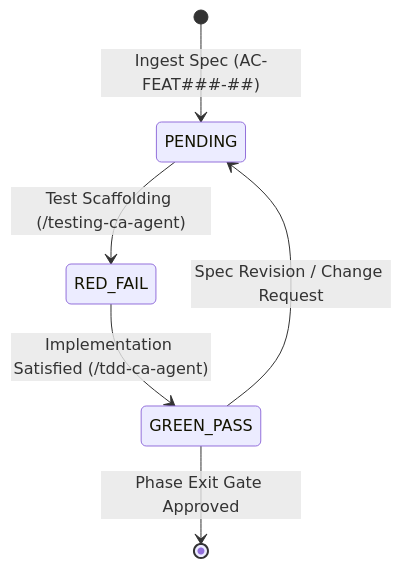
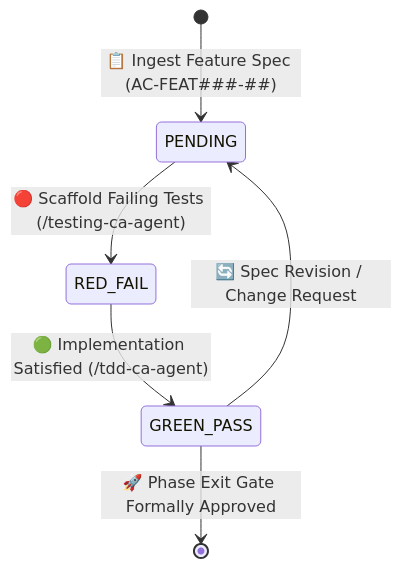
One commit to rmsofficialsyt/Agentic-AI-Vibe-Coding-AND-SDD-TDD-Codebase-Chandan-Adhikary changed the fourth of 5 diagrams in PROJECT-MANAGER-DASHBOARD-GUIDE.md. Above: the diagram before and after it, drawn with Mermaid. The commit also changed other lines of this file and 23 other files, not shown here.

Commit message:
docs: redesign diagrams to Eraser.io visual style and regenerate MANIFEST.json

````diff
--- a/PROJECT-MANAGER-DASHBOARD-GUIDE.md
+++ b/PROJECT-MANAGER-DASHBOARD-GUIDE.md
@@ -202,8 +217,8 @@
 ```mermaid
 stateDiagram-v2
-    [*] --> PENDING: Ingest Spec (AC-FEAT###-##)
-    PENDING --> RED_FAIL: Test Scaffolding (/testing-ca-agent)
-    RED_FAIL --> GREEN_PASS: Implementation Satisfied (/tdd-ca-agent)
-    GREEN_PASS --> PENDING: Spec Revision / Change Request
-    GREEN_PASS --> [*]: Phase Exit Gate Approved
+    [*] --> PENDING: 📋 Ingest Feature Spec (AC-FEAT###-##)
+    PENDING --> RED_FAIL: 🔴 Scaffold Failing Tests (/testing-ca-agent)
+    RED_FAIL --> GREEN_PASS: 🟢 Implementation Satisfied (/tdd-ca-agent)
+    GREEN_PASS --> PENDING: 🔄 Spec Revision / Change Request
+    GREEN_PASS --> [*]: 🚀 Phase Exit Gate Formally Approved
 ```
````
